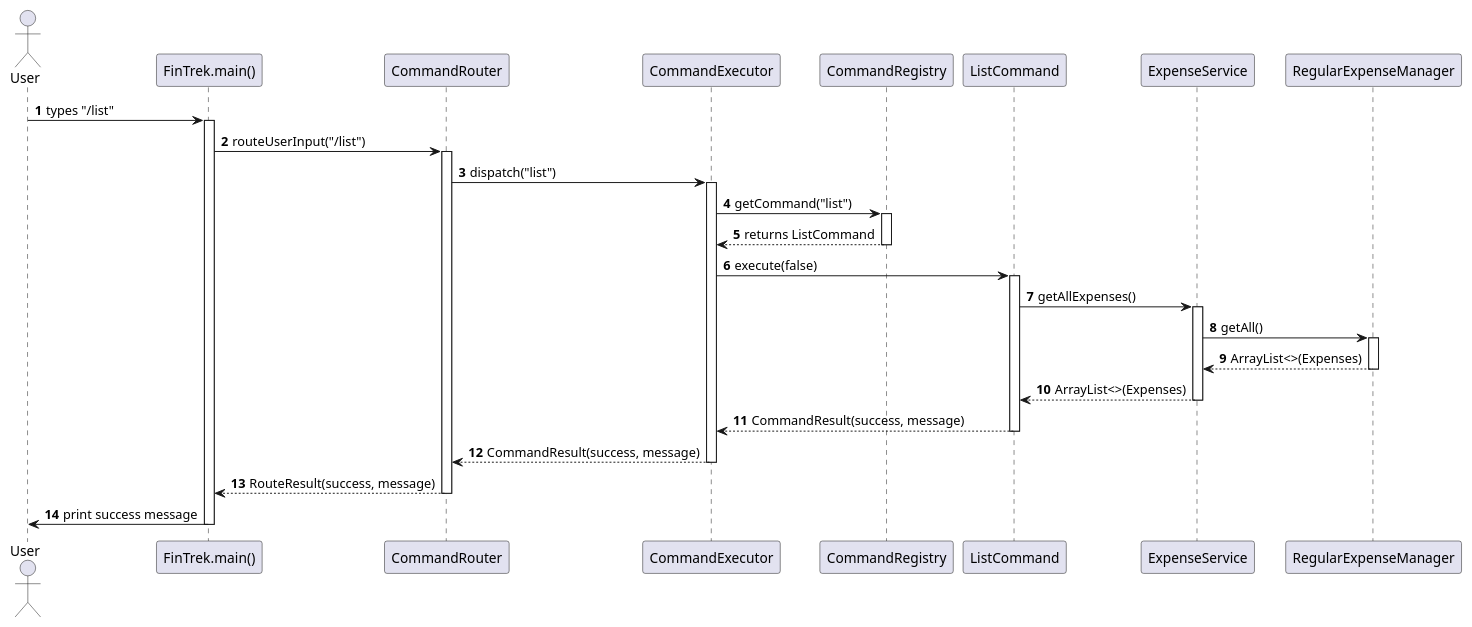
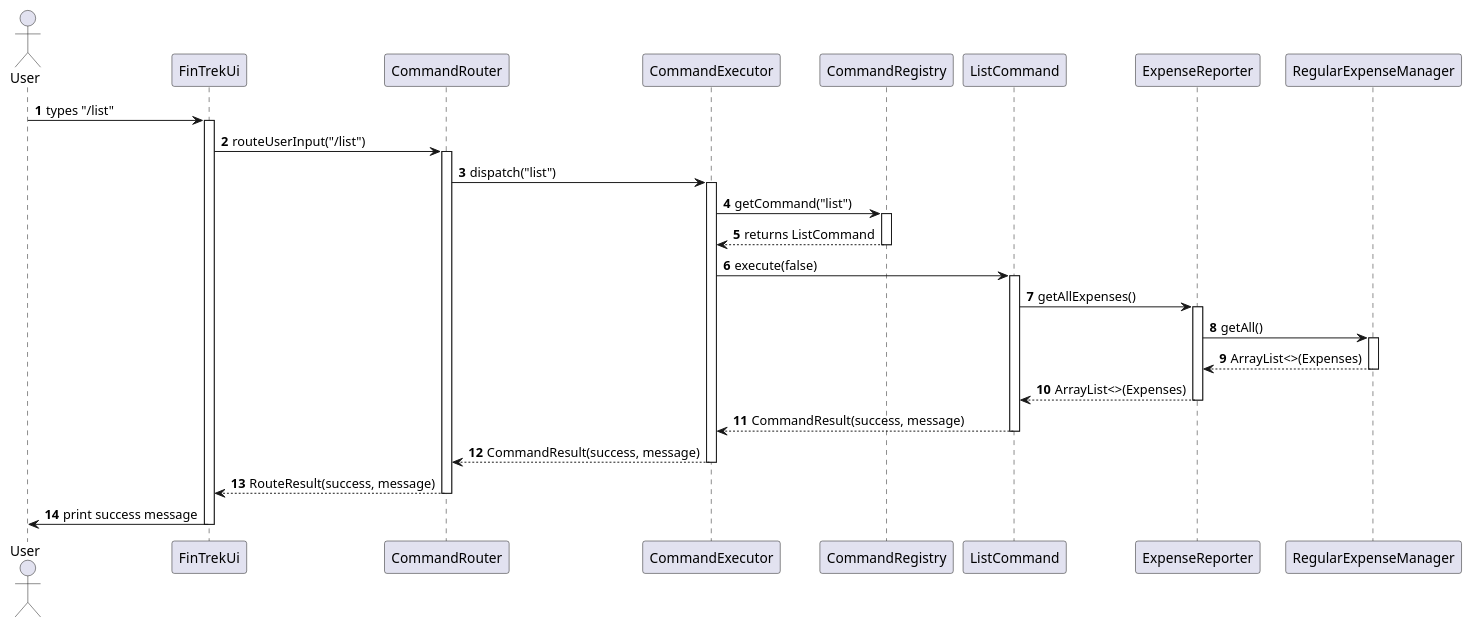
The diagram in docs/diagrams/sequence/list.puml (randust/tp), drawn with PlantUML before and after one commit. The commit also changed 9 other files, not shown here.

Commit message:
Update DG diagrams to fit the refactored code (new Ui class) and add PPP

```diff
--- a/docs/diagrams/sequence/list.puml
+++ b/docs/diagrams/sequence/list.puml
@@ -1,56 +1,56 @@
 @startuml
 'https://plantuml.com/sequence-diagram
 
 autonumber
 actor User
-participant "FinTrek.main()" as FinTrek
+participant "FinTrekUi" as FinTrek
 participant "CommandRouter" as Router
 participant "CommandExecutor" as Executor
 participant "CommandRegistry" as Registry
 participant "ListCommand" as ListCmd
-participant "ExpenseService" as ExpenseSvc
+participant "ExpenseReporter" as ExpenseSvc
 participant "RegularExpenseManager" as RegExpMgr
 
 User -> FinTrek : types "/list"
 activate FinTrek
 
 FinTrek -> Router : routeUserInput("/list")
 activate Router
 
 Router -> Executor : dispatch("list")
 activate Executor
 
 Executor -> Registry : getCommand("list")
 activate Registry
 
 Registry --> Executor : returns ListCommand
 deactivate Registry
 
 Executor -> ListCmd : execute(false)
 activate ListCmd
 
 ListCmd -> ExpenseSvc : getAllExpenses()
 activate ExpenseSvc
 
 ExpenseSvc -> RegExpMgr : getAll()
 activate RegExpMgr
 
 RegExpMgr --> ExpenseSvc : ArrayList<>(Expenses)
 deactivate RegExpMgr
 
 ExpenseSvc --> ListCmd : ArrayList<>(Expenses)
 deactivate ExpenseSvc
 
 ListCmd --> Executor : CommandResult(success, message)
 deactivate ListCmd
 
 Executor --> Router : CommandResult(success, message)
 deactivate Executor
 
 Router --> FinTrek : RouteResult(success, message)
 deactivate Router
 
 FinTrek -> User : print success message
 deactivate FinTrek
 
 @enduml
```
